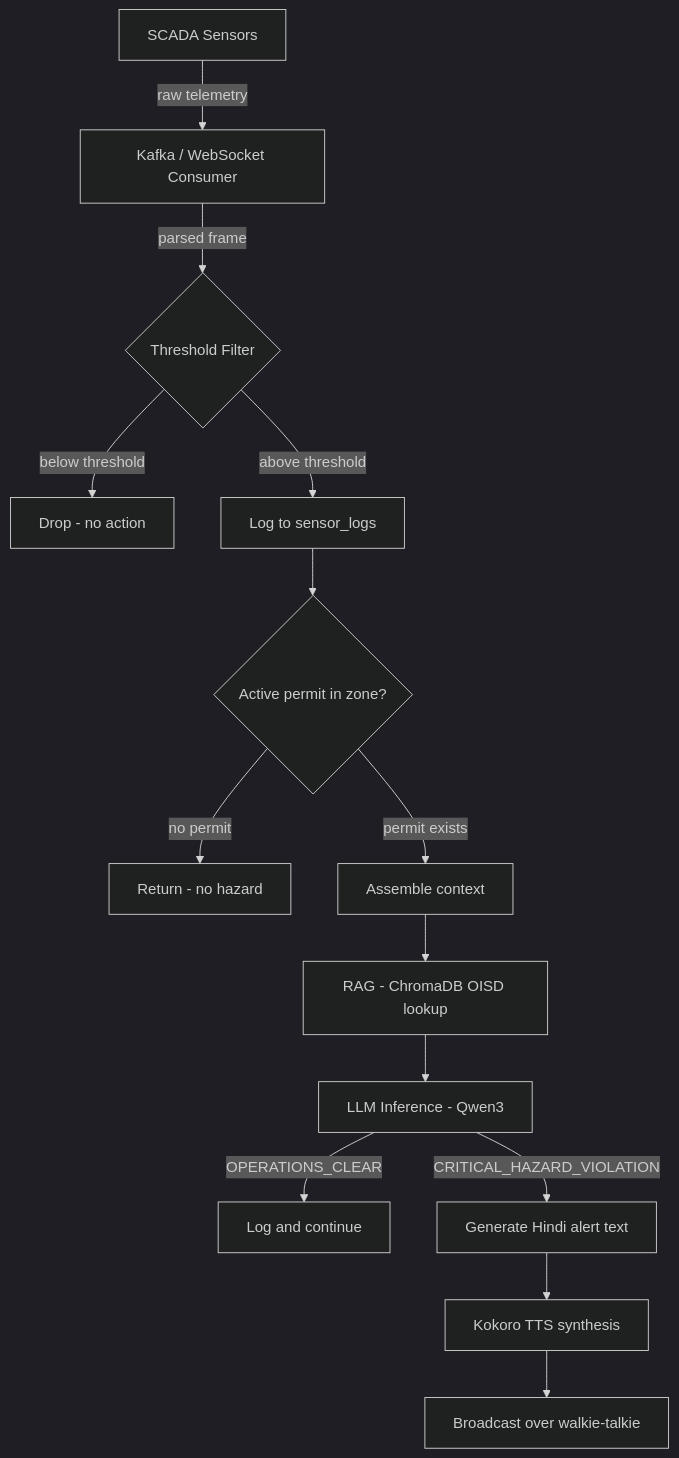
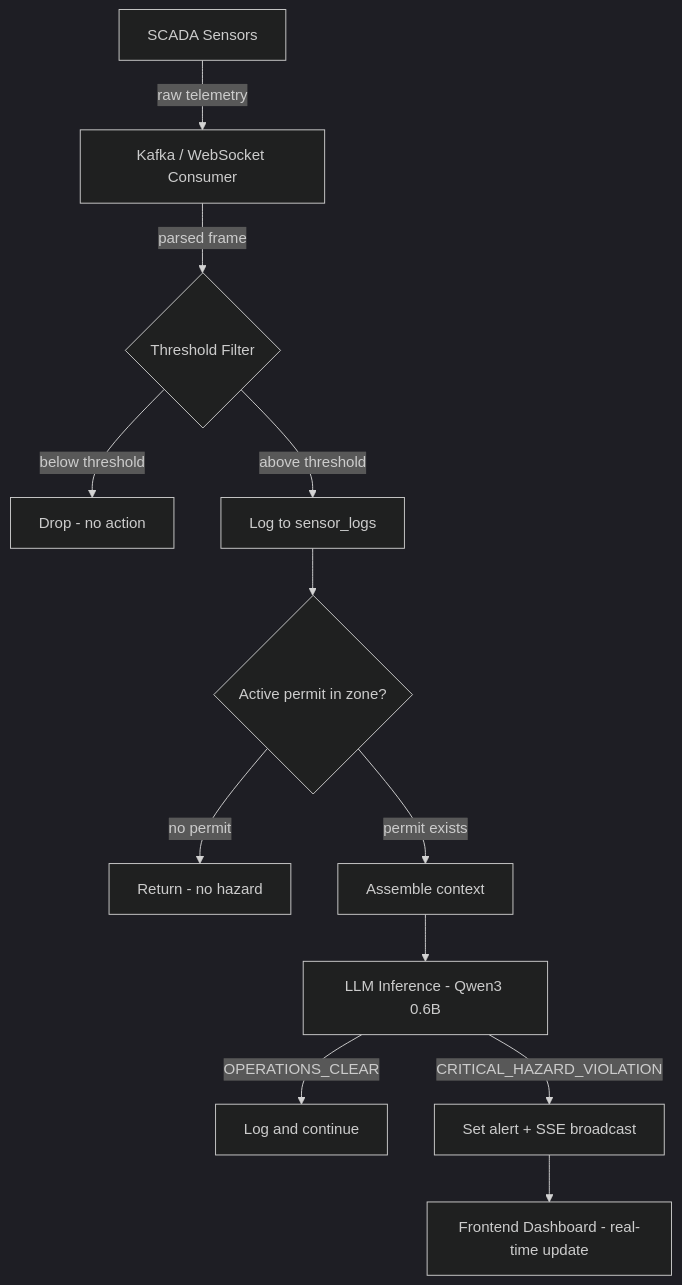
Before and after one commit to mann-rana29/Cereberus-OS: the first of 3 diagrams in README.md, drawn with Mermaid (dark theme). The commit also changed other lines of this file and 4 other files, not shown here.

Commit message:
updated readme added architecture md

````diff
--- a/README.md
+++ b/README.md
@@ -47,16 +96,14 @@
 ```mermaid
 flowchart TD
     A[SCADA Sensors] -->|raw telemetry| B[Kafka / WebSocket Consumer]
     B -->|parsed frame| C{Threshold Filter}
     C -->|below threshold| D[Drop - no action]
     C -->|above threshold| E[Log to sensor_logs]
     E --> F{Active permit in zone?}
     F -->|no permit| G[Return - no hazard]
     F -->|permit exists| H[Assemble context]
-    H --> I[RAG - ChromaDB OISD lookup]
-    I --> J[LLM Inference - Qwen3]
+    H --> J[LLM Inference - Qwen3 0.6B]
     J -->|OPERATIONS_CLEAR| K[Log and continue]
-    J -->|CRITICAL_HAZARD_VIOLATION| L[Generate Hindi alert text]
-    L --> M[Kokoro TTS synthesis]
-    M --> N[Broadcast over walkie-talkie]
+    J -->|CRITICAL_HAZARD_VIOLATION| L[Set alert + SSE broadcast]
+    L --> M[Frontend Dashboard - real-time update]
 ```
````
